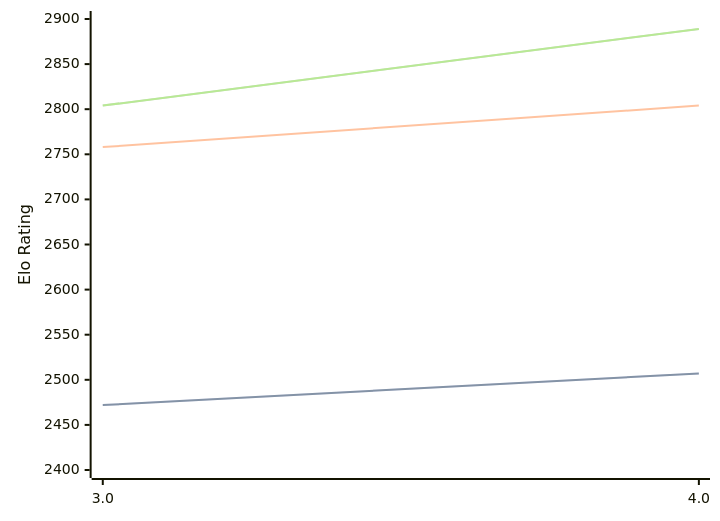
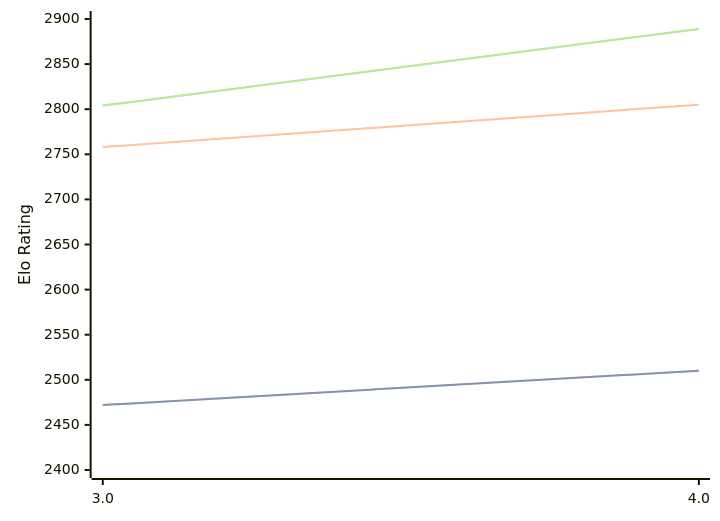
Before and after one commit to computer-chess-index/cci: the diagram in engines/Chess3.md, drawn with Mermaid. The commit also changed other lines of this file, not shown here.

````diff
--- a/engines/Chess3.md
+++ b/engines/Chess3.md
@@ -32,11 +32,11 @@
 ```mermaid
 %%{init: {"theme":"base","themeVariables":{"seriesColors:['#a3a3a3','#222221','#faa371']}}}%%
 xychart-beta
   x-axis ["3.0", "4.0"]
   y-axis "Elo Rating" 2400 --> 2900
-  line "" [2472, 2507]
-  line "STC (8.0+0.08s)" [2472, 2507]
-  line "LTC (60.0+0.60s)" [2758, 2804]
+  line "" [2472, 2510]
+  line "STC (8.0+0.08s)" [2472, 2510]
+  line "LTC (60.0+0.60s)" [2758, 2805]
   line "" [2804, 2889]
   line "VLTC (2m24s+1.12s)" [2804, 2889]
 ```
````
